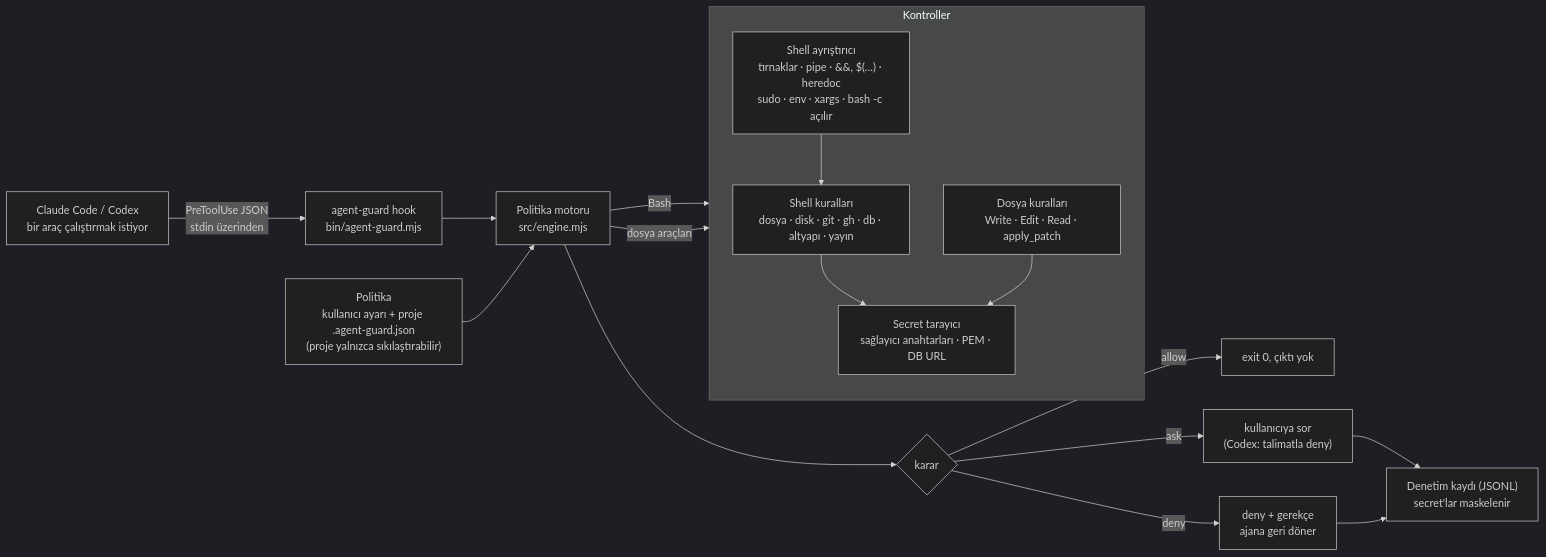
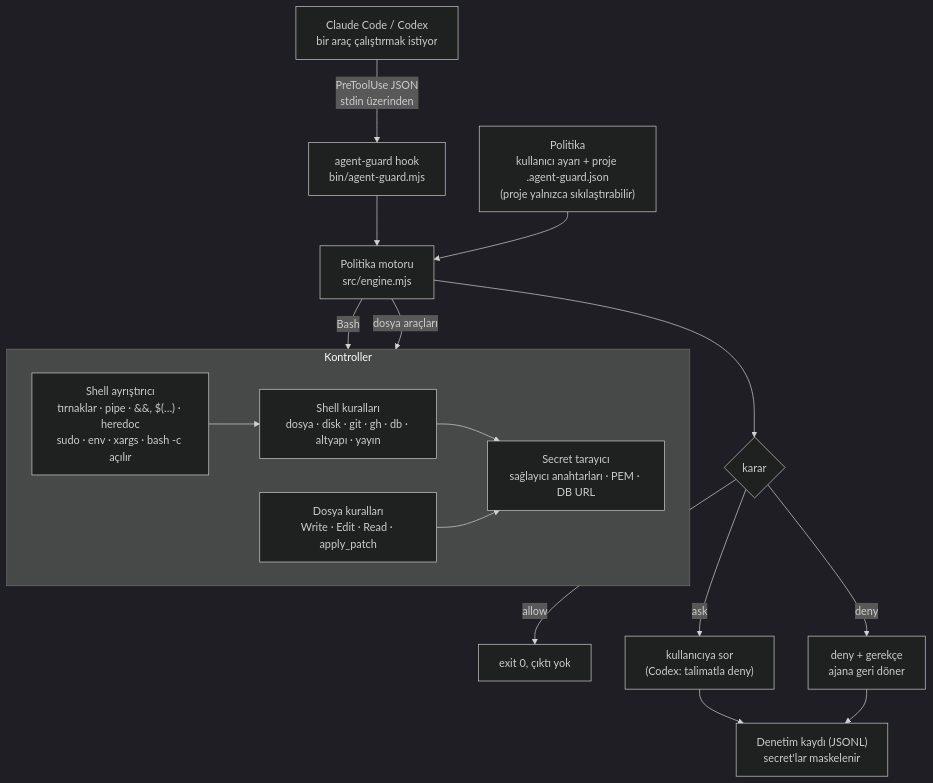
The diagram in README.tr.md (Tngc93/agent-guard), drawn with Mermaid (dark theme) before and after one commit. The commit also changed 1 other file, not shown here.

Commit message:
docs: lay out the Mermaid diagram top-down so it stays readable at README width
Claude-Session: https://claude.ai/code/session_01SQrhUJUzzMBpUcQDcUhcd1

````diff
--- a/README.tr.md
+++ b/README.tr.md
@@ -34,23 +34,23 @@
 ```mermaid
-flowchart LR
+flowchart TB
   agent["Claude Code / Codex<br/>bir araç çalıştırmak istiyor"] -- "PreToolUse JSON<br/>stdin üzerinden" --> hook["agent-guard hook<br/>bin/agent-guard.mjs"]
   hook --> engine["Politika motoru<br/>src/engine.mjs"]
 
   subgraph checks["Kontroller"]
-    direction TB
+    direction LR
     shell["Shell ayrıştırıcı<br/>tırnaklar · pipe · &&, $(…) · heredoc<br/>sudo · env · xargs · bash -c açılır"]
     bash["Shell kuralları<br/>dosya · disk · git · gh · db · altyapı · yayın"]
     files["Dosya kuralları<br/>Write · Edit · Read · apply_patch"]
     secrets["Secret tarayıcı<br/>sağlayıcı anahtarları · PEM · DB URL"]
   end
 
   config["Politika<br/>kullanıcı ayarı + proje .agent-guard.json<br/>(proje yalnızca sıkılaştırabilir)"] --> engine
   engine -- "Bash" --> shell --> bash
   engine -- "dosya araçları" --> files
   bash & files --> secrets
   engine --> decision{"karar"}
   decision -- "allow" --> silent["exit 0, çıktı yok"]
   decision -- "ask" --> ask["kullanıcıya sor<br/>(Codex: talimatla deny)"]
   decision -- "deny" --> deny["deny + gerekçe<br/>ajana geri döner"]
   ask & deny --> audit["Denetim kaydı (JSONL)<br/>secret'lar maskelenir"]
 ```
````
